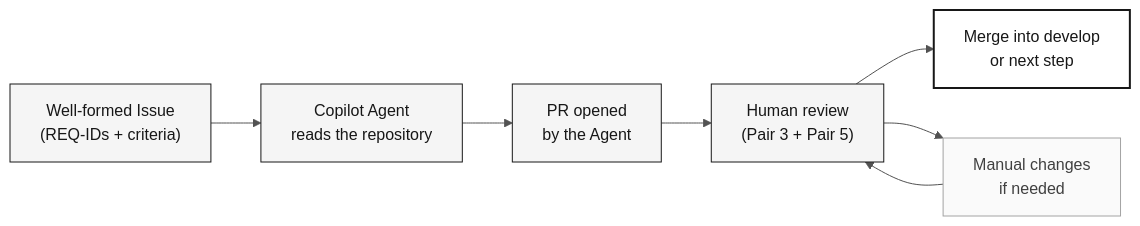
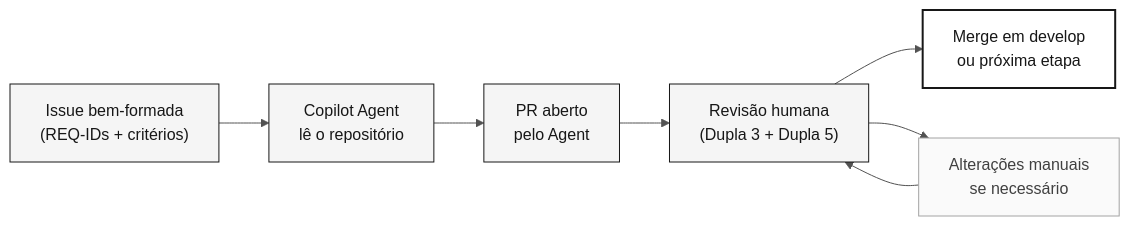
Before and after one commit to paulasilvatech/datacorp-sifap-team-kit-pt-br: the diagram in 04-evolution/GUIDE.md, drawn with Mermaid. The commit also changed other lines of this file and 361 other files, not shown here.

````diff
--- a/04-evolution/GUIDE.md
+++ b/04-evolution/GUIDE.md
@@ -38,14 +38,14 @@
 ```mermaid
 %%{init: {'theme':'neutral','themeVariables':{'fontFamily':'ui-sans-serif, system-ui, sans-serif','primaryColor':'#F5F5F5','primaryTextColor':'#171717','primaryBorderColor':'#171717','lineColor':'#525252','secondaryColor':'#FFFFFF','tertiaryColor':'#FAFAFA','background':'#FFFFFF'}}}%%
 flowchart LR
     classDef step fill:#F5F5F5,stroke:#171717,color:#171717
     classDef result fill:#FFFFFF,stroke:#171717,color:#171717,stroke-width:2px
     classDef muted fill:#FAFAFA,stroke:#A3A3A3,color:#404040
 
-    A["Well-formed Issue<br/>(REQ-IDs + criteria)"]:::step --> B["Copilot Agent<br/>reads the repository"]:::step
-    B --> C["PR opened<br/>by the Agent"]:::step
-    C --> D["Human review<br/>(Pair 3 + Pair 5)"]:::step
-    D --> E["Merge into develop<br/>or next step"]:::result
-    D --> F["Manual changes<br/>if needed"]:::muted
+    A["Issue bem-formada<br/>(REQ-IDs + critérios)"]:::step --> B["Copilot Agent<br/>lê o repositório"]:::step
+    B --> C["PR aberto<br/>pelo Agent"]:::step
+    C --> D["Revisão humana<br/>(Dupla 3 + Dupla 5)"]:::step
+    D --> E["Merge em develop<br/>ou próxima etapa"]:::result
+    D --> F["Alterações manuais<br/>se necessário"]:::muted
     F --> D
 ```
````
